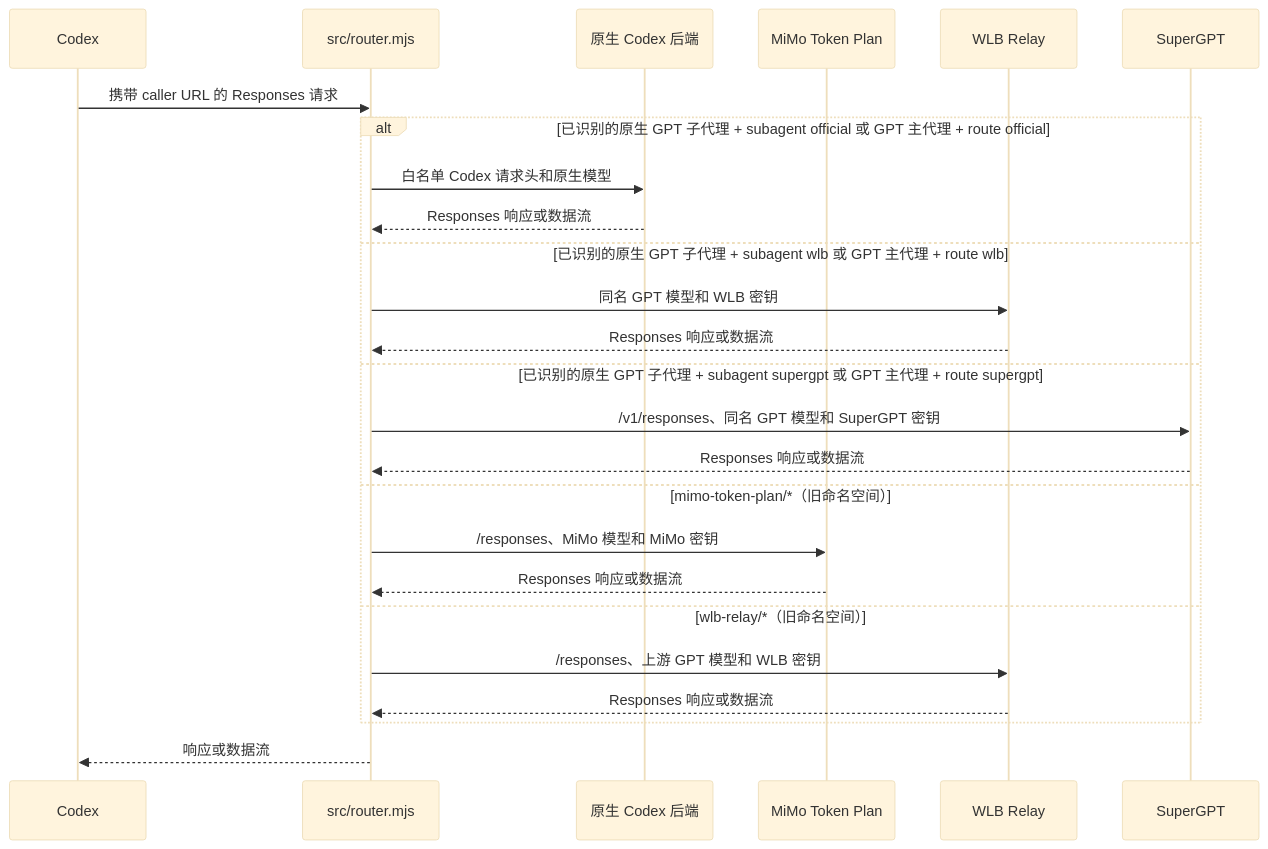
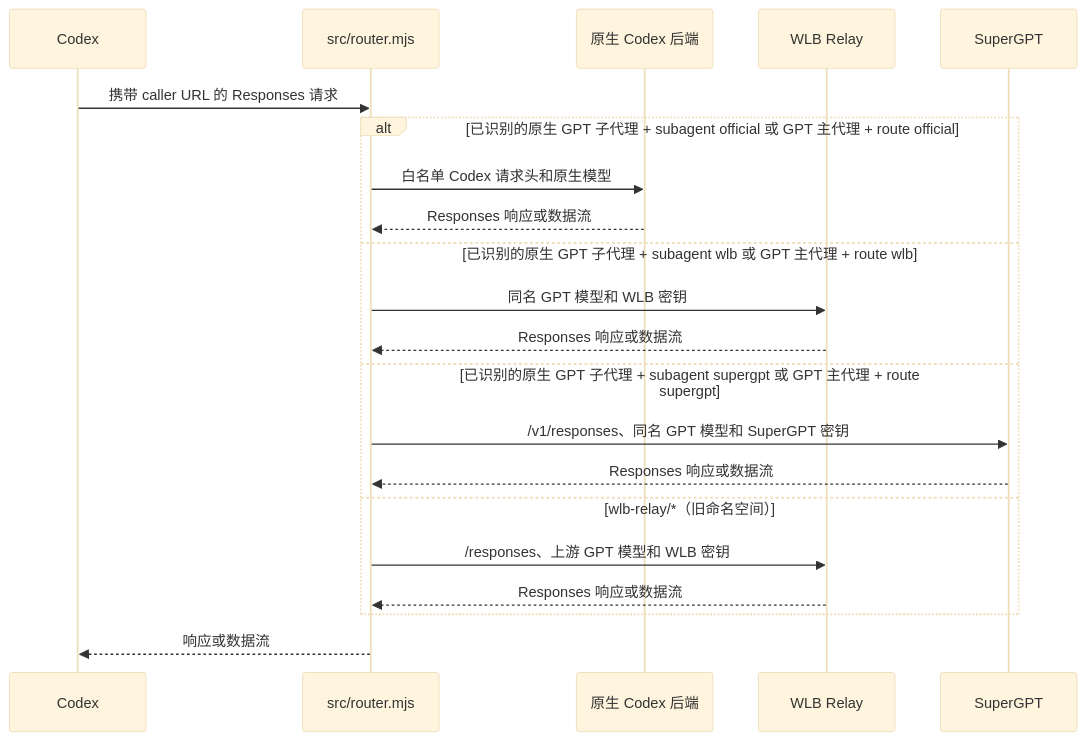
The diagram in docs/HOW-IT-WORKS.md (DKalien/codex-router), drawn with Mermaid (base theme) before and after one commit. The commit also changed other lines of this file and 61 other files, not shown here.

````diff
--- a/docs/HOW-IT-WORKS.md
+++ b/docs/HOW-IT-WORKS.md
@@ -10,28 +10,24 @@
 ```mermaid
 sequenceDiagram
   participant C as Codex
   participant R as src/router.mjs
   participant N as 原生 Codex 后端
-  participant M as MiMo Token Plan
   participant W as WLB Relay
   participant S as SuperGPT
 
   C->>R: 携带 caller URL 的 Responses 请求
   alt 已识别的原生 GPT 子代理 + subagent official 或 GPT 主代理 + route official
     R->>N: 白名单 Codex 请求头和原生模型
     N-->>R: Responses 响应或数据流
   else 已识别的原生 GPT 子代理 + subagent wlb 或 GPT 主代理 + route wlb
     R->>W: 同名 GPT 模型和 WLB 密钥
     W-->>R: Responses 响应或数据流
   else 已识别的原生 GPT 子代理 + subagent supergpt 或 GPT 主代理 + route supergpt
     R->>S: /v1/responses、同名 GPT 模型和 SuperGPT 密钥
     S-->>R: Responses 响应或数据流
-  else mimo-token-plan/*（旧命名空间）
-    R->>M: /responses、MiMo 模型和 MiMo 密钥
-    M-->>R: Responses 响应或数据流
   else wlb-relay/*（旧命名空间）
     R->>W: /responses、上游 GPT 模型和 WLB 密钥
     W-->>R: Responses 响应或数据流
   end
   R-->>C: 响应或数据流
 ```
````
